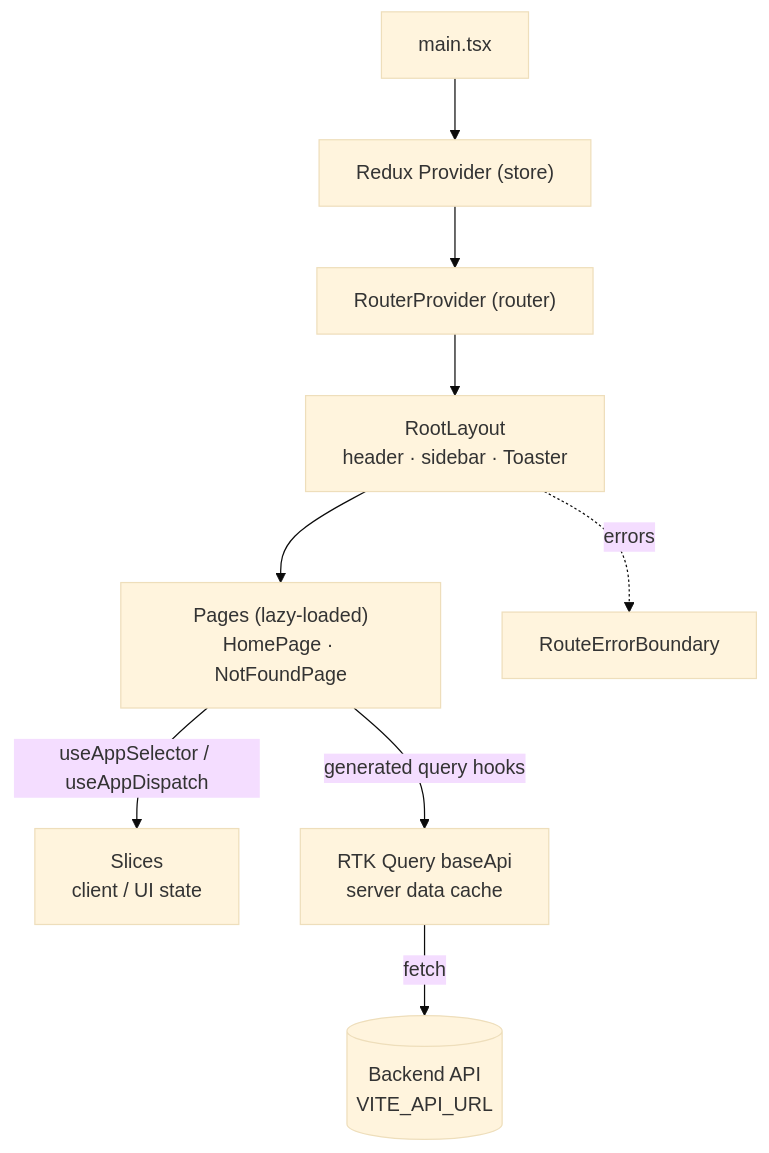
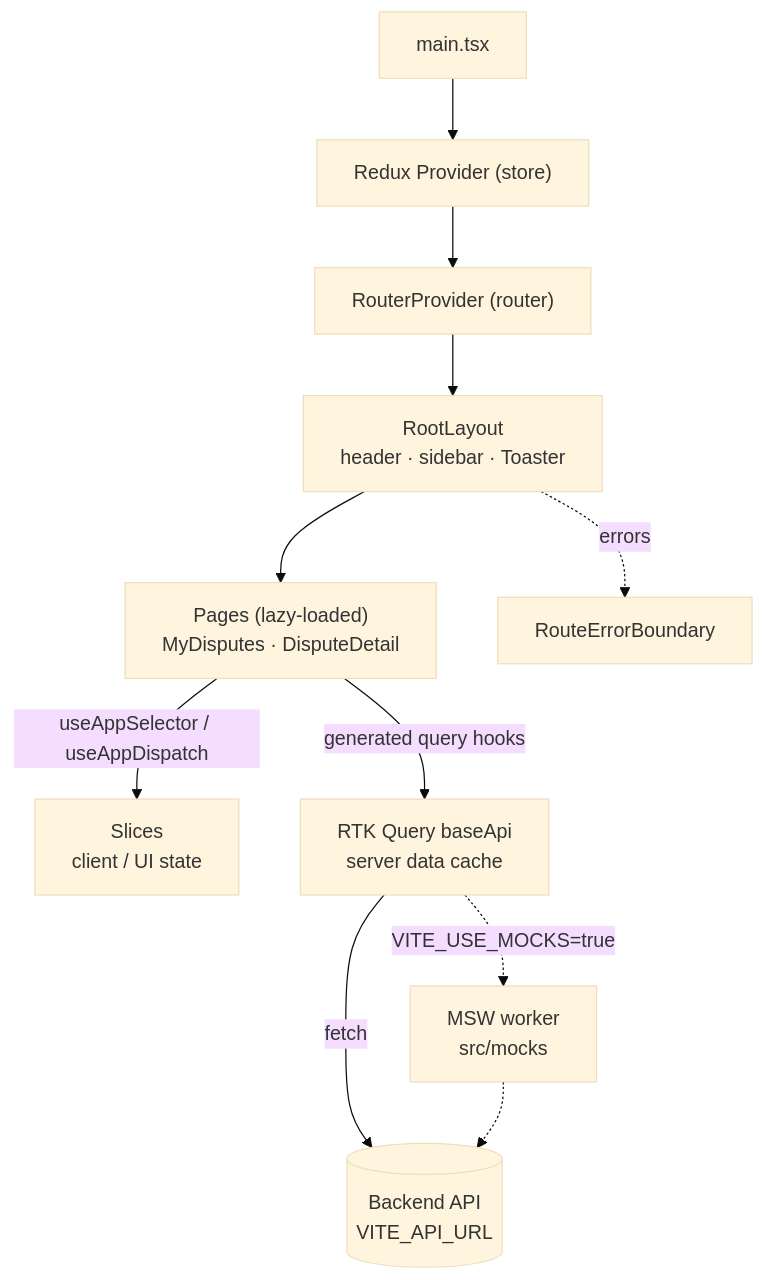
Before and after one commit to eduardohurtado/CardDispute: the diagram in frontend/README.md, drawn with Mermaid (base theme). The commit also changed other lines of this file and 60 other files, not shown here.

````diff
--- a/frontend/README.md
+++ b/frontend/README.md
@@ -83,11 +113,13 @@
 ```mermaid
 flowchart TD
   main["main.tsx"] --> provider["Redux Provider (store)"]
   provider --> routerp["RouterProvider (router)"]
   routerp --> layout["RootLayout<br/>header · sidebar · Toaster"]
-  layout --> pages["Pages (lazy-loaded)<br/>HomePage · NotFoundPage"]
+  layout --> pages["Pages (lazy-loaded)<br/>MyDisputes · DisputeDetail"]
   layout -. errors .-> boundary["RouteErrorBoundary"]
   pages -- "useAppSelector / useAppDispatch" --> slices["Slices<br/>client / UI state"]
   pages -- "generated query hooks" --> api["RTK Query baseApi<br/>server data cache"]
   api -- "fetch" --> backend[("Backend API<br/>VITE_API_URL")]
+  api -. "VITE_USE_MOCKS=true" .-> mocks["MSW worker<br/>src/mocks"]
+  mocks -.-> backend
 ```
````
